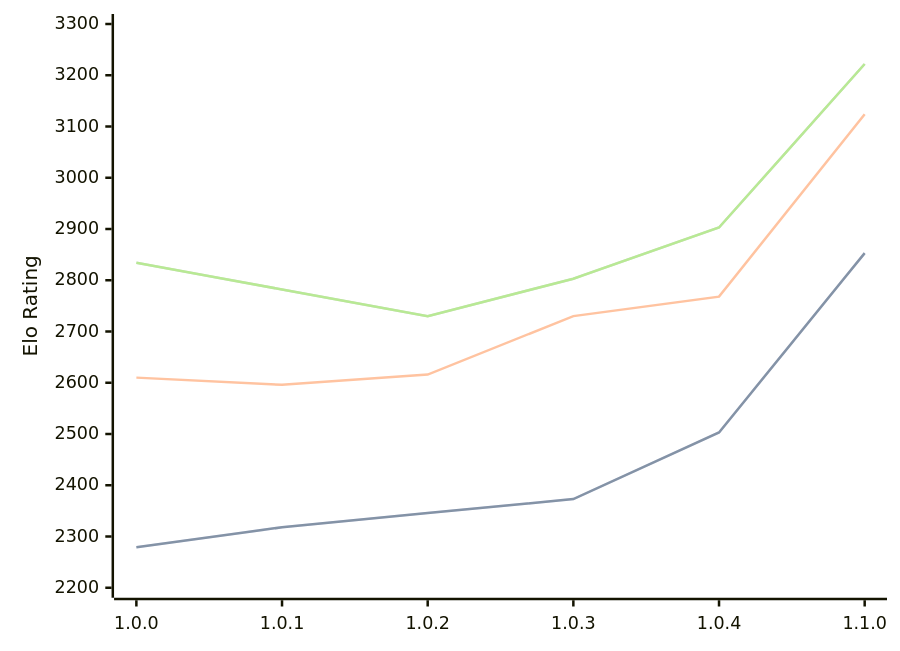
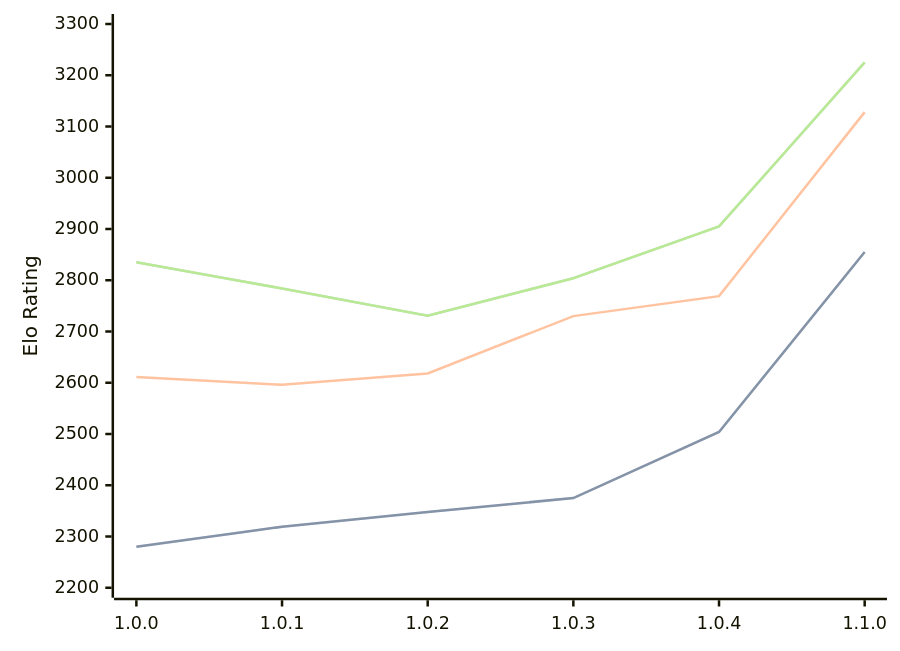
Before and after one commit to computer-chess-index/cci: the diagram in engines/Grail.md, drawn with Mermaid. The commit also changed other lines of this file, not shown here.

Commit message:
Update CCI Ratings (ELO VLTC) - 2026-05-06

````diff
--- a/engines/Grail.md
+++ b/engines/Grail.md
@@ -36,11 +36,11 @@
 ```mermaid
 %%{init: {"theme":"base","themeVariables":{"seriesColors:['#a3a3a3','#222221','#faa371']}}}%%
 xychart-beta
   x-axis ["1.0.0", "1.0.1", "1.0.2", "1.0.3", "1.0.4", "1.1.0"]
   y-axis "Elo Rating" 2200 --> 3300
-  line "STC (8.0+0.08s)" [2279, 2318, 2346, 2373, 2503, 2853]
-  line "STC (8.0+0.08s)" [2279, 2318, 2346, 2373, 2503, 2853]
-  line "LTC (60.0+0.60s)" [2610, 2596, 2616, 2730, 2768, 3124]
-  line "VLTC (2m24s+1.12s)" [2834, 2782, 2730, 2803, 2903, 3222]
-  line "VLTC (2m24s+1.12s)" [2834, 2782, 2730, 2803, 2903, 3222]
+  line "STC (8.0+0.08s)" [2280, 2319, 2348, 2375, 2504, 2855]
+  line "STC (8.0+0.08s)" [2280, 2319, 2348, 2375, 2504, 2855]
+  line "LTC (60.0+0.60s)" [2611, 2596, 2618, 2730, 2769, 3128]
+  line "VLTC (2m24s+1.12s)" [2835, 2784, 2731, 2804, 2905, 3225]
+  line "VLTC (2m24s+1.12s)" [2835, 2784, 2731, 2804, 2905, 3225]
 ```
````
